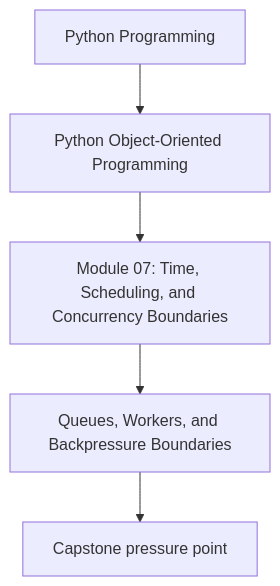
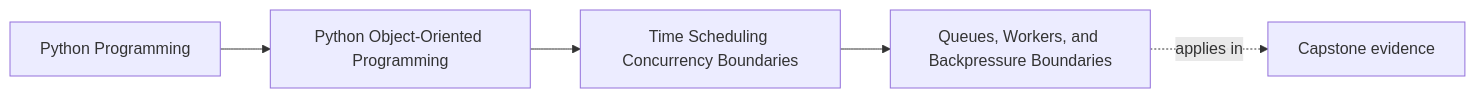
Before and after one commit to bijux/bijux-masterclass: the first of 2 diagrams in programs/python-programming/python-object-oriented-programming/course-book/module-07-time-scheduling-concurrency-boundaries/queues-workers-and-backpressure-boundaries.md, drawn with Mermaid. The commit also changed other lines of this file and 103 other files, not shown here.

Commit message:
docs(python-object-oriented-programming): map sustainment and capstone surfaces

````diff
--- a/programs/python-programming/python-object-oriented-programming/course-book/module-07-time-scheduling-concurrency-boundaries/queues-workers-and-backpressure-boundaries.md
+++ b/programs/python-programming/python-object-oriented-programming/course-book/module-07-time-scheduling-concurrency-boundaries/queues-workers-and-backpressure-boundaries.md
@@ -7,7 +7,11 @@
 ```mermaid
-flowchart TD
-  family["Python Programming"] --> program["Python Object-Oriented Programming"]
-  program --> module["Module 07: Time, Scheduling, and Concurrency Boundaries"]
-  module --> concept["Queues, Workers, and Backpressure Boundaries"]
-  concept --> capstone["Capstone pressure point"]
+graph LR
+  family["Python Programming"]
+  program["Python Object-Oriented Programming"]
+  section["Time Scheduling Concurrency Boundaries"]
+  page["Queues, Workers, and Backpressure Boundaries"]
+  capstone["Capstone evidence"]
+
+  family --> program --> section --> page
+  page -.applies in.-> capstone
 ```
````
